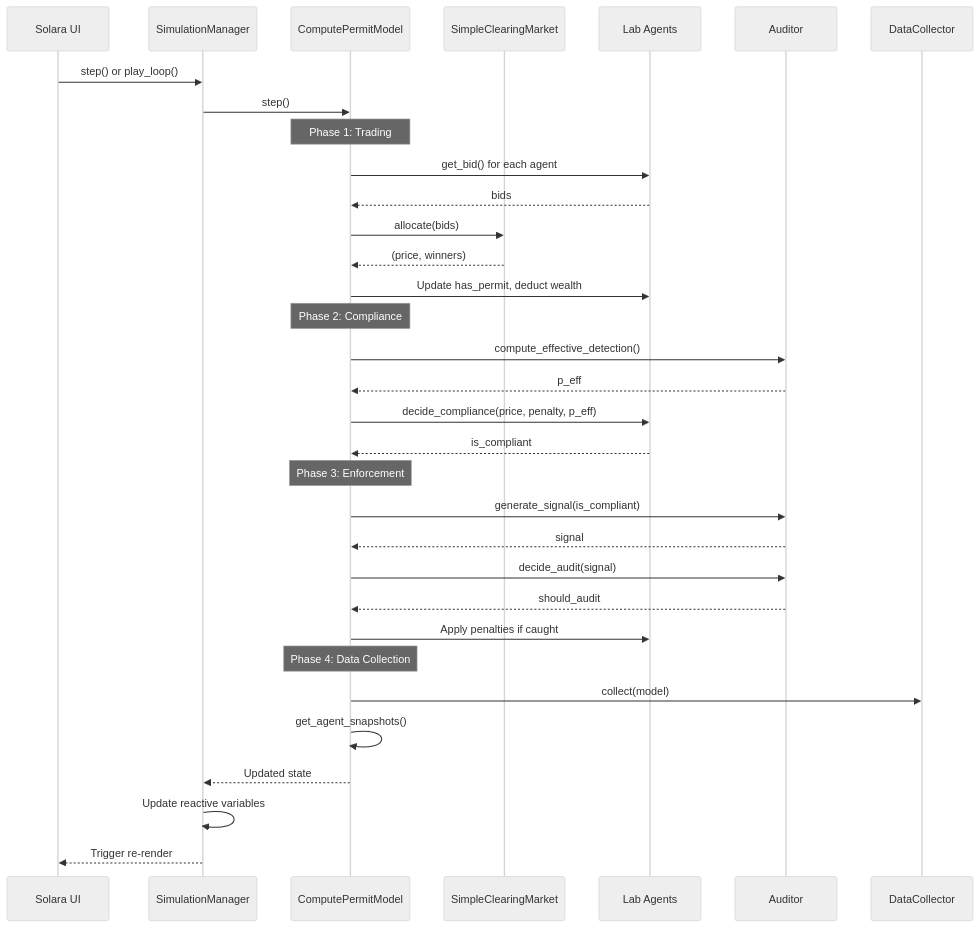
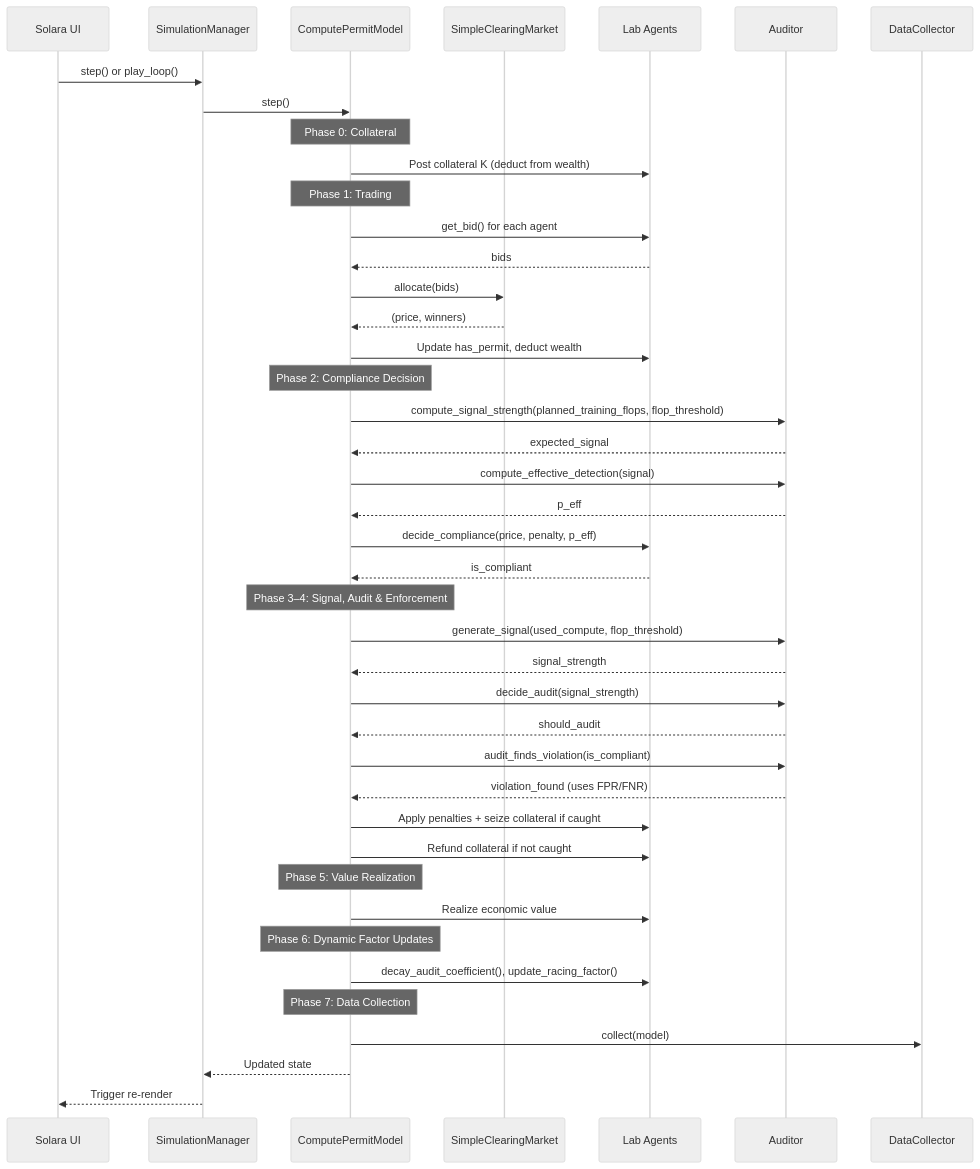
One commit to JTuffy/compute-permit-simulator changed the second of 2 diagrams in documents/TECHNICAL_DOCUMENTATION.md. Above: the diagram before and after it, drawn with Mermaid (neutral theme). The commit also changed other lines of this file and 21 other files, not shown here.

First line of the commit message:
Add flexible penalties, collateral, FLOP threshold, and dynamic factors

````diff
--- a/documents/TECHNICAL_DOCUMENTATION.md
+++ b/documents/TECHNICAL_DOCUMENTATION.md
@@ -87,40 +154,52 @@
 ```mermaid
 sequenceDiagram
     participant UI as Solara UI
     participant SM as SimulationManager
     participant Model as ComputePermitModel
     participant Market as SimpleClearingMarket
     participant Lab as Lab Agents
     participant Auditor as Auditor
     participant DC as DataCollector
 
     UI->>SM: step() or play_loop()
     SM->>Model: step()
-    
+
+    Note over Model: Phase 0: Collateral
+    Model->>Lab: Post collateral K (deduct from wealth)
+
     Note over Model: Phase 1: Trading
     Model->>Lab: get_bid() for each agent
     Lab-->>Model: bids
     Model->>Market: allocate(bids)
     Market-->>Model: (price, winners)
     Model->>Lab: Update has_permit, deduct wealth
-    
-    Note over Model: Phase 2: Compliance
-    Model->>Auditor: compute_effective_detection()
+
+    Note over Model: Phase 2: Compliance Decision
+    Model->>Auditor: compute_signal_strength(planned_training_flops, flop_threshold)
+    Auditor-->>Model: expected_signal
+    Model->>Auditor: compute_effective_detection(signal)
     Auditor-->>Model: p_eff
     Model->>Lab: decide_compliance(price, penalty, p_eff)
     Lab-->>Model: is_compliant
-    
-    Note over Model: Phase 3: Enforcement
-    Model->>Auditor: generate_signal(is_compliant)
-    Auditor-->>Model: signal
-    Model->>Auditor: decide_audit(signal)
+
+    Note over Model: Phase 3–4: Signal, Audit & Enforcement
+    Model->>Auditor: generate_signal(used_compute, flop_threshold)
+    Auditor-->>Model: signal_strength
+    Model->>Auditor: decide_audit(signal_strength)
     Auditor-->>Model: should_audit
-    Model->>Lab: Apply penalties if caught
-    
-    Note over Model: Phase 4: Data Collection
+    Model->>Auditor: audit_finds_violation(is_compliant)
+    Auditor-->>Model: violation_found (uses FPR/FNR)
+    Model->>Lab: Apply penalties + seize collateral if caught
+    Model->>Lab: Refund collateral if not caught
+
+    Note over Model: Phase 5: Value Realization
+    Model->>Lab: Realize economic value
+
+    Note over Model: Phase 6: Dynamic Factor Updates
+    Model->>Lab: decay_audit_coefficient(), update_racing_factor()
+
+    Note over Model: Phase 7: Data Collection
     Model->>DC: collect(model)
-    Model->>Model: get_agent_snapshots()
     Model-->>SM: Updated state
-    SM->>SM: Update reactive variables
     SM-->>UI: Trigger re-render
 ```
````
